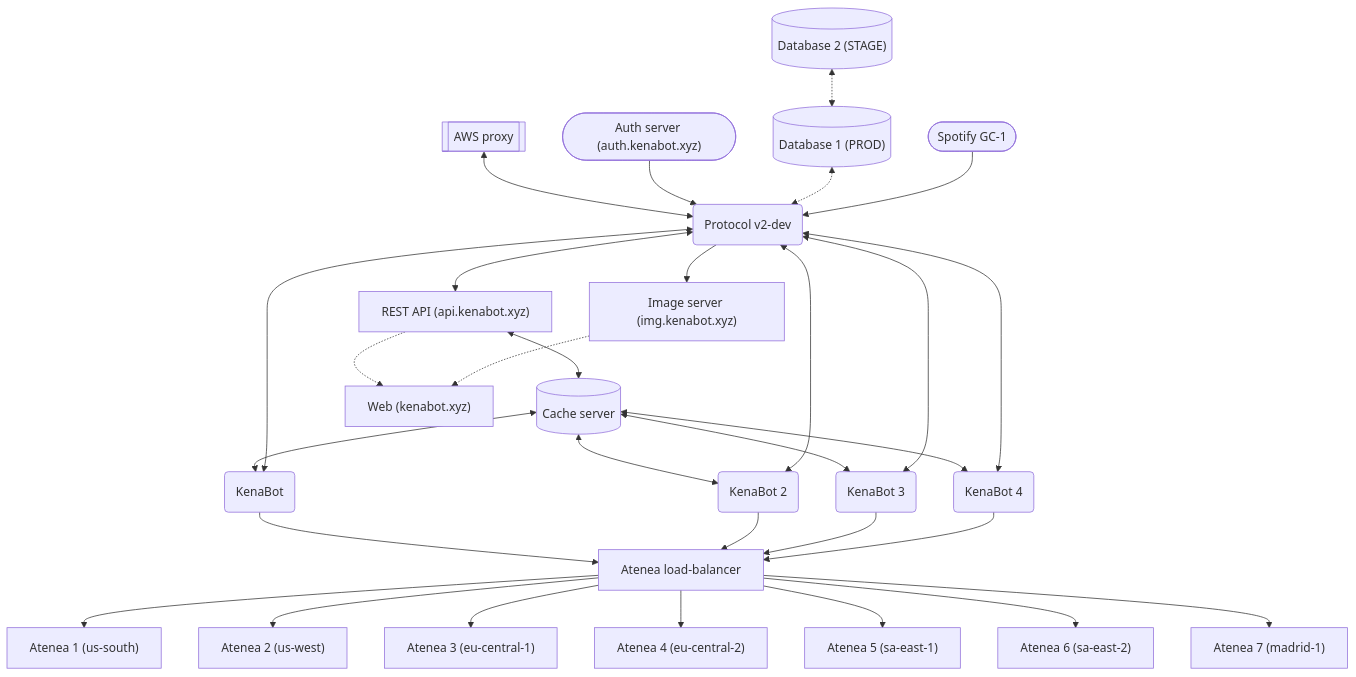
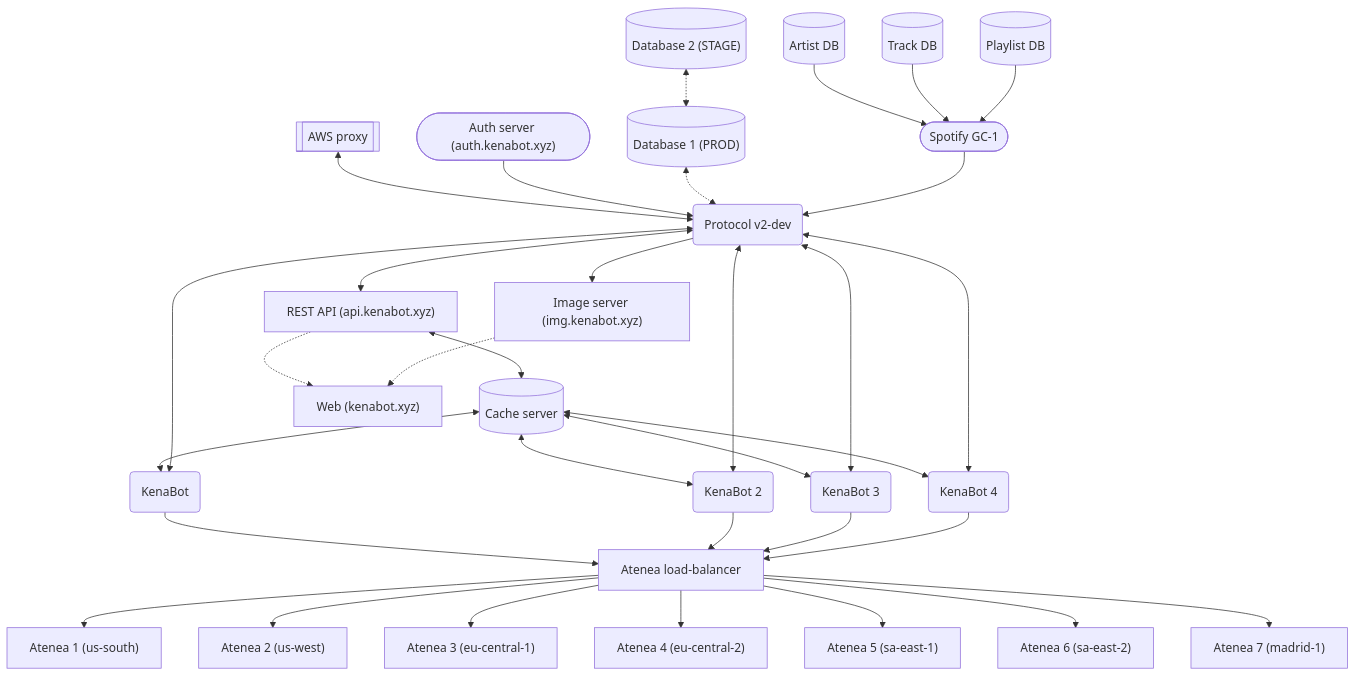
The diagram in profile/README.MD (Kenabot/.github), drawn with Mermaid before and after one commit.

Commit message:
adding spotify database

````diff
--- a/profile/README.MD
+++ b/profile/README.MD
@@ -5,35 +5,38 @@
 ```mermaid
 graph TD
 
     PR[[AWS proxy]] <--> A
 
     API["REST API (api.kenabot.xyz)"] <--> RD
     IMG["Image server (img.kenabot.xyz)"]
     AUTH(["Auth server (auth.kenabot.xyz)"]) --> A
 
     DB1[("Database 1 (PROD)")] <-.-> A
     DB2[("Database 2 (STAGE)")] <-.-> DB1
 
     RD[(Cache server)] <--> B & C & D & E
 
+    ARB[(Artist DB)] --> SP
+    TDB[(Track DB)] --> SP 
+    PDB[(Playlist DB)] --> SP
     SP([Spotify GC-1]) -->
     A(Protocol v2-dev) <--> B(KenaBot) --> NM
     A <--> C(KenaBot 2) --> NM
     A <--> D(KenaBot 3) --> NM
     A <--> E(KenaBot 4) --> NM
 
     A <--> API -.-> WEB["Web (kenabot.xyz)"]
     A --> IMG -.-> WEB
 
     N1["Atenea 1 (us-south)"]
     N2["Atenea 2 (us-west)"]
     N3["Atenea 3 (eu-central-1)"]
     N4["Atenea 4 (eu-central-2)"]
     N5["Atenea 5 (sa-east-1)"]
     N6["Atenea 6 (sa-east-2)"]
     N7["Atenea 7 (madrid-1)"]
 
     NM[Atenea load-balancer]
 
     NM --> N1 & N2 & N3 & N4 & N5 & N6 & N7
 ```
````
